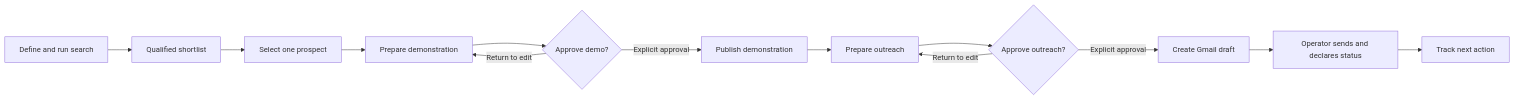
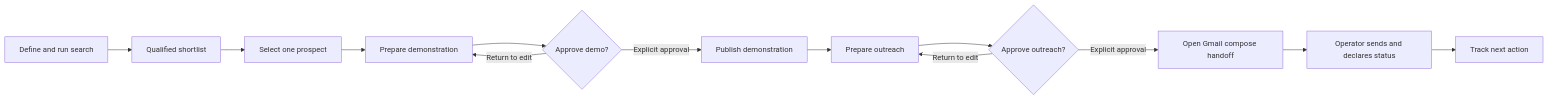
One commit to Jnapfx/HORUS changed the diagram in docs/FUNCTIONAL_DESIGN.md. Above: the diagram before and after it, drawn with Mermaid. The commit also changed other lines of this file and 46 other files, not shown here.

````diff
--- a/docs/FUNCTIONAL_DESIGN.md
+++ b/docs/FUNCTIONAL_DESIGN.md
@@ -45,15 +45,15 @@
 ```mermaid
 flowchart LR
   A["Define and run search"] --> B["Qualified shortlist"]
   B --> C["Select one prospect"]
   C --> D["Prepare demonstration"]
   D --> E{"Approve demo?"}
   E -- "Return to edit" --> D
   E -- "Explicit approval" --> F["Publish demonstration"]
   F --> G["Prepare outreach"]
   G --> H{"Approve outreach?"}
   H -- "Return to edit" --> G
-  H -- "Explicit approval" --> I["Create Gmail draft"]
+  H -- "Explicit approval" --> I["Open Gmail compose handoff"]
   I --> J["Operator sends and declares status"]
   J --> K["Track next action"]
 ```
````
